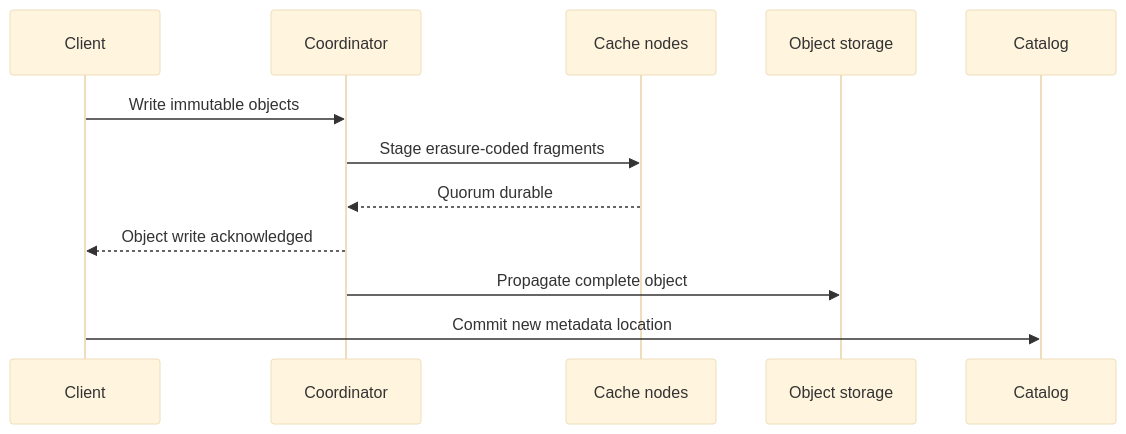
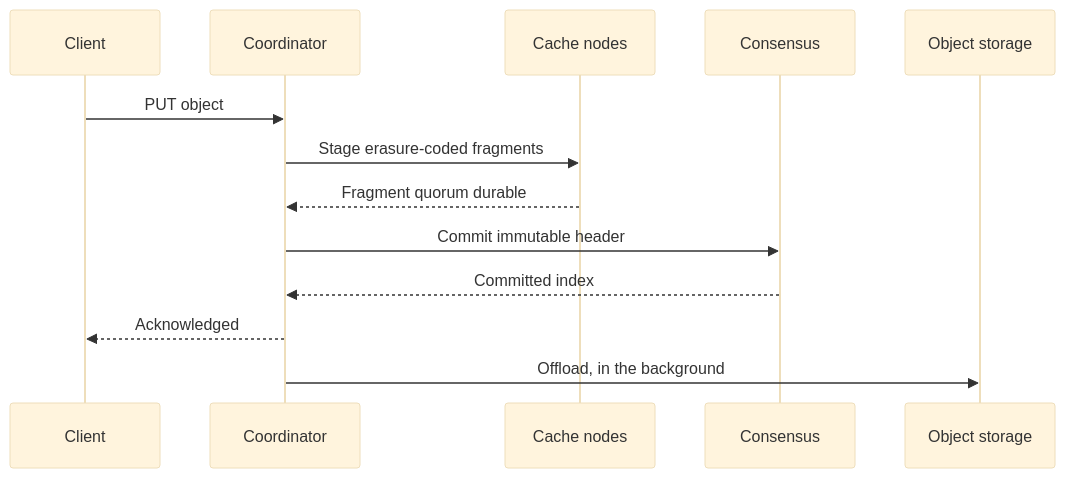
The diagram in docs/architecture/writes.mdx (verglas-org/verglas), drawn with Mermaid (base theme) before and after one commit. The commit also changed other lines of this file and 4 other files, not shown here.

````diff
--- a/docs/architecture/writes.mdx
+++ b/docs/architecture/writes.mdx
@@ -13,15 +28,16 @@
 ```mermaid
 sequenceDiagram
     participant Client
     participant Coordinator
     participant CacheNodes as Cache nodes
+    participant Consensus
     participant Origin as Object storage
-    participant Catalog
 
-    Client->>Coordinator: Write immutable objects
+    Client->>Coordinator: PUT object
     Coordinator->>CacheNodes: Stage erasure-coded fragments
-    CacheNodes-->>Coordinator: Quorum durable
-    Coordinator-->>Client: Object write acknowledged
-    Coordinator->>Origin: Propagate complete object
-    Client->>Catalog: Commit new metadata location
+    CacheNodes-->>Coordinator: Fragment quorum durable
+    Coordinator->>Consensus: Commit immutable header
+    Consensus-->>Coordinator: Committed index
+    Coordinator-->>Client: Acknowledged
+    Coordinator->>Origin: Offload, in the background
 ```
````
